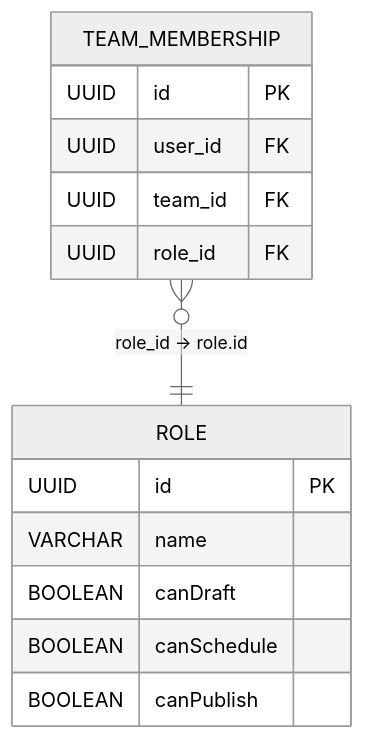
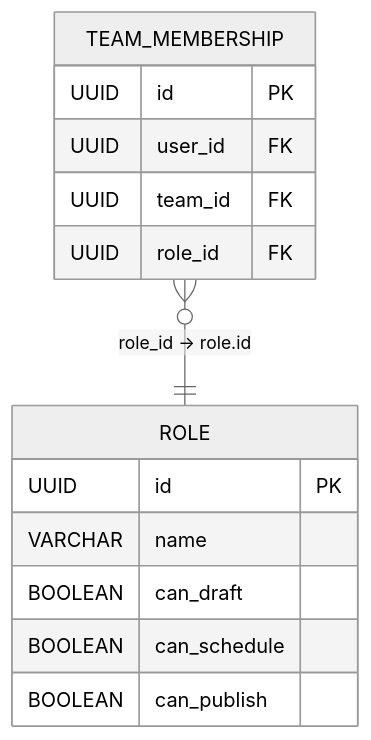
Before and after one commit to AchuAshwath/LinkX: the third of 6 diagrams in backend/app/alembic/README.md, drawn with Mermaid (neutral theme). The commit also changed other lines of this file and 54 other files, not shown here.

````diff
--- a/backend/app/alembic/README.md
+++ b/backend/app/alembic/README.md
@@ -141,20 +165,20 @@
 ```mermaid
 erDiagram
   ROLE {
     UUID id PK
     VARCHAR name
-    BOOLEAN canDraft
-    BOOLEAN canSchedule
-    BOOLEAN canPublish
+    BOOLEAN can_draft
+    BOOLEAN can_schedule
+    BOOLEAN can_publish
   }
 
   TEAM_MEMBERSHIP {
     UUID id PK
     UUID user_id FK
     UUID team_id FK
     UUID role_id FK
   }
 
   %% Relationships
   TEAM_MEMBERSHIP }o--|| ROLE : "role_id -> role.id"
 ```
````
